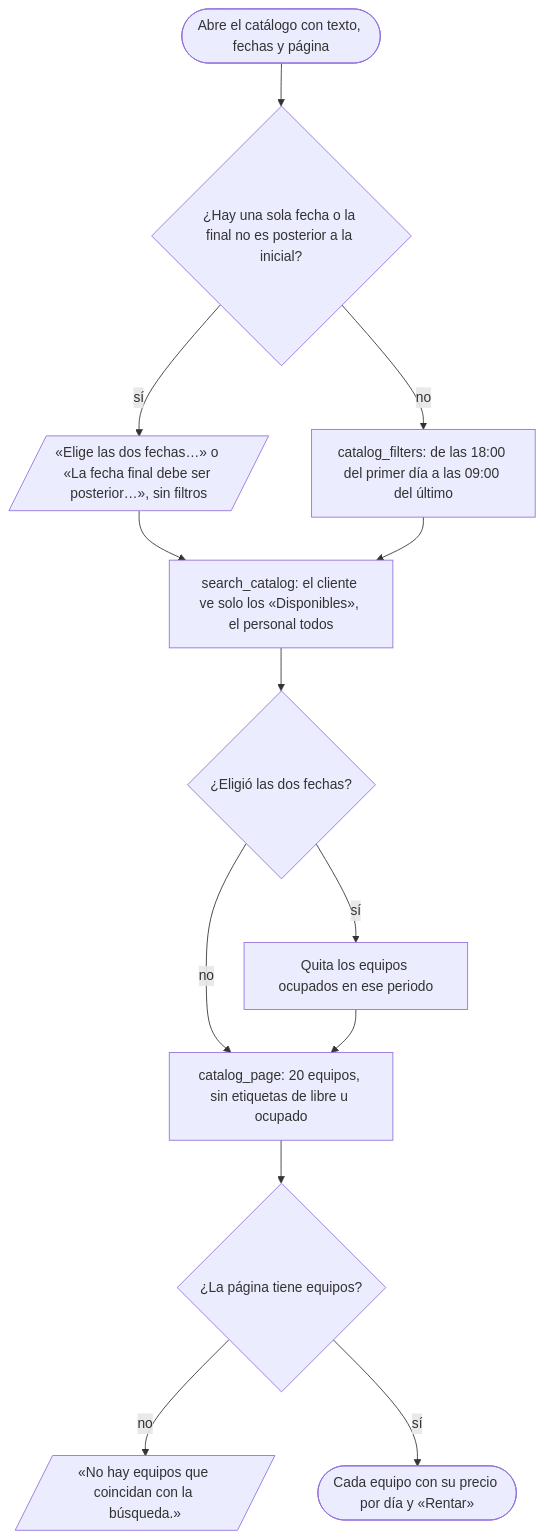
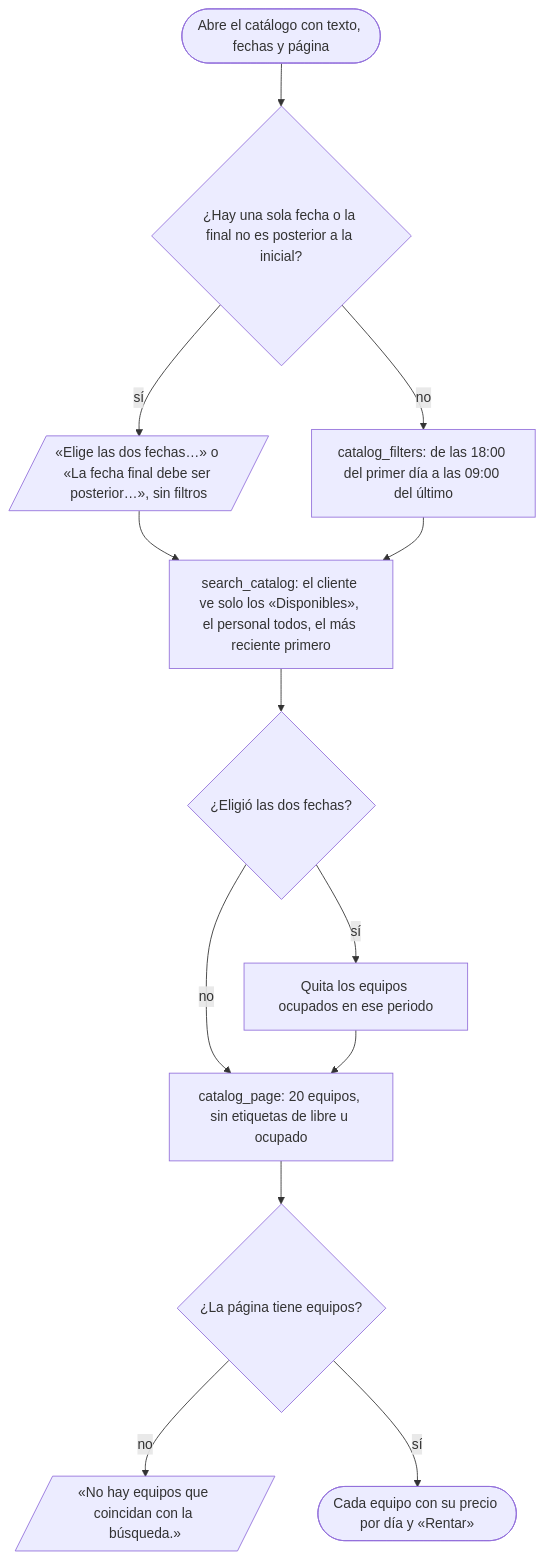
Before and after one commit to peterteranb/astra-rent-system: the eighth of 39 diagrams in docs/casos-de-uso.md, drawn with Mermaid. The commit also changed other lines of this file and 10 other files, not shown here.

````diff
--- a/docs/casos-de-uso.md
+++ b/docs/casos-de-uso.md
@@ -394,15 +394,15 @@
 ```mermaid
 flowchart TD
     A(["Abre el catálogo con texto, fechas y página"]) --> B{"¿Hay una sola fecha o la final no es posterior a la inicial?"}
     B -- sí --> C[/"«Elige las dos fechas…» o «La fecha final debe ser posterior…», sin filtros"/]
     B -- no --> D["catalog_filters: de las 18:00 del primer día a las 09:00 del último"]
-    C --> E["search_catalog: el cliente ve solo los «Disponibles», el personal todos"]
+    C --> E["search_catalog: el cliente ve solo los «Disponibles», el personal todos, el más reciente primero"]
     D --> E
     E --> F{"¿Eligió las dos fechas?"}
     F -- sí --> G["Quita los equipos ocupados en ese periodo"]
     F -- no --> H["catalog_page: 20 equipos, sin etiquetas de libre u ocupado"]
     G --> H
     H --> I{"¿La página tiene equipos?"}
     I -- no --> J[/"«No hay equipos que coincidan con la búsqueda.»"/]
     I -- sí --> K(["Cada equipo con su precio por día y «Rentar»"])
 ```
````
